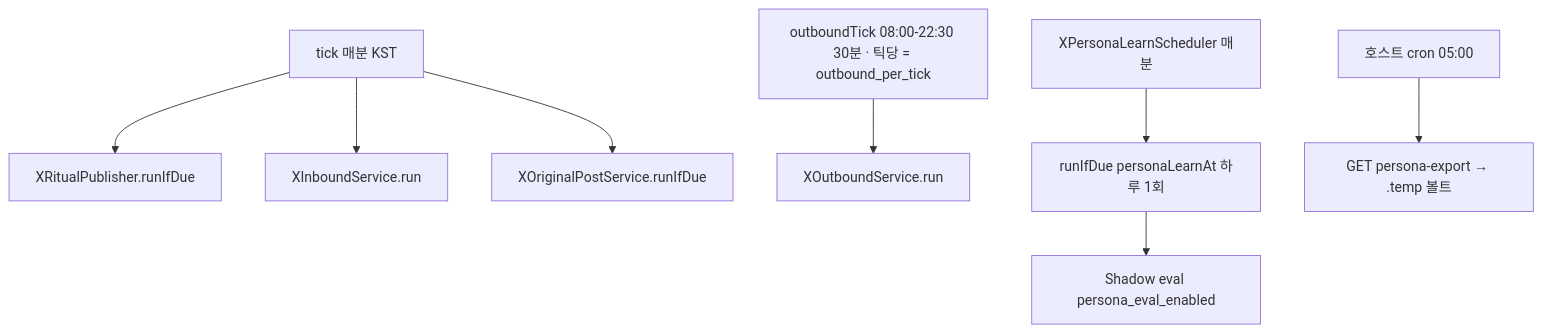
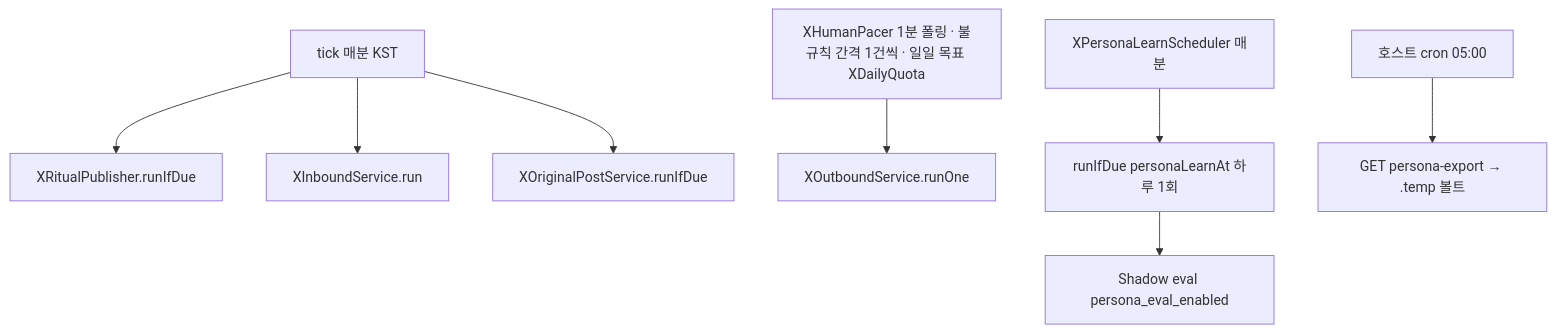
One commit to Justant-source/Again-Spring changed the diagram in docs/shared/marketing/70-policy/justant-bot-x-ops.md. Above: the diagram before and after it, drawn with Mermaid. The commit also changed other lines of this file and 10 other files, not shown here.

First line of the commit message:
feat(x-growth): 사람 같은 게시 패턴(XHumanPacer) + 평일 200–250/휴일 230–300 일일 목표 + 대댓글 합산·1건씩 처리

````diff
--- a/docs/shared/marketing/70-policy/justant-bot-x-ops.md
+++ b/docs/shared/marketing/70-policy/justant-bot-x-ops.md
@@ -87,10 +94,10 @@
 ```mermaid
 flowchart TD
   tick["tick 매분 KST"] --> ritual["XRitualPublisher.runIfDue"]
   tick --> inbound["XInboundService.run"]
   tick --> original["XOriginalPostService.runIfDue"]
-  outTick["outboundTick 08:00-22:30 30분 · 틱당 = outbound_per_tick"] --> outbound["XOutboundService.run"]
+  outTick["XHumanPacer 1분 폴링 · 불규칙 간격 1건씩 · 일일 목표 XDailyQuota"] --> outbound["XOutboundService.runOne"]
   learnTick["XPersonaLearnScheduler 매분"] --> learn["runIfDue personaLearnAt 하루 1회"]
   learn --> eval["Shadow eval persona_eval_enabled"]
   vaultCron["호스트 cron 05:00"] --> export["GET persona-export → .temp 볼트"]
 ```
````
